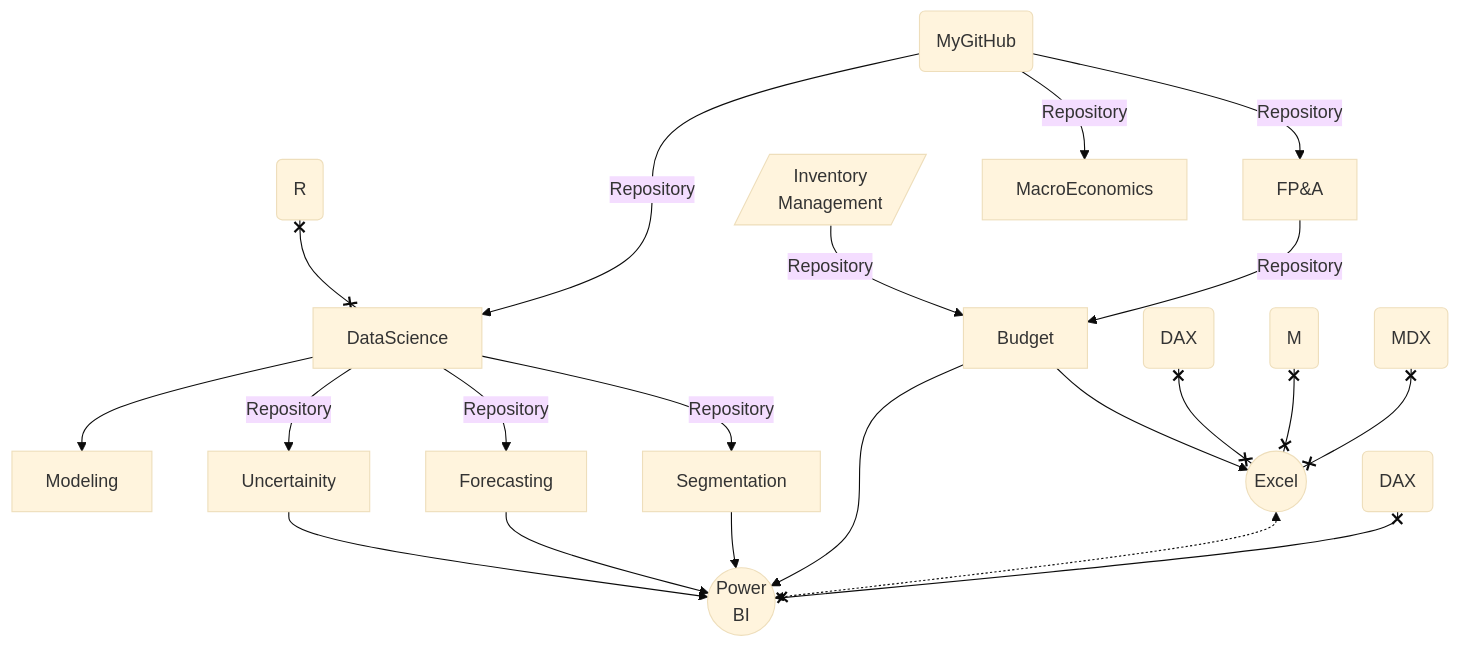
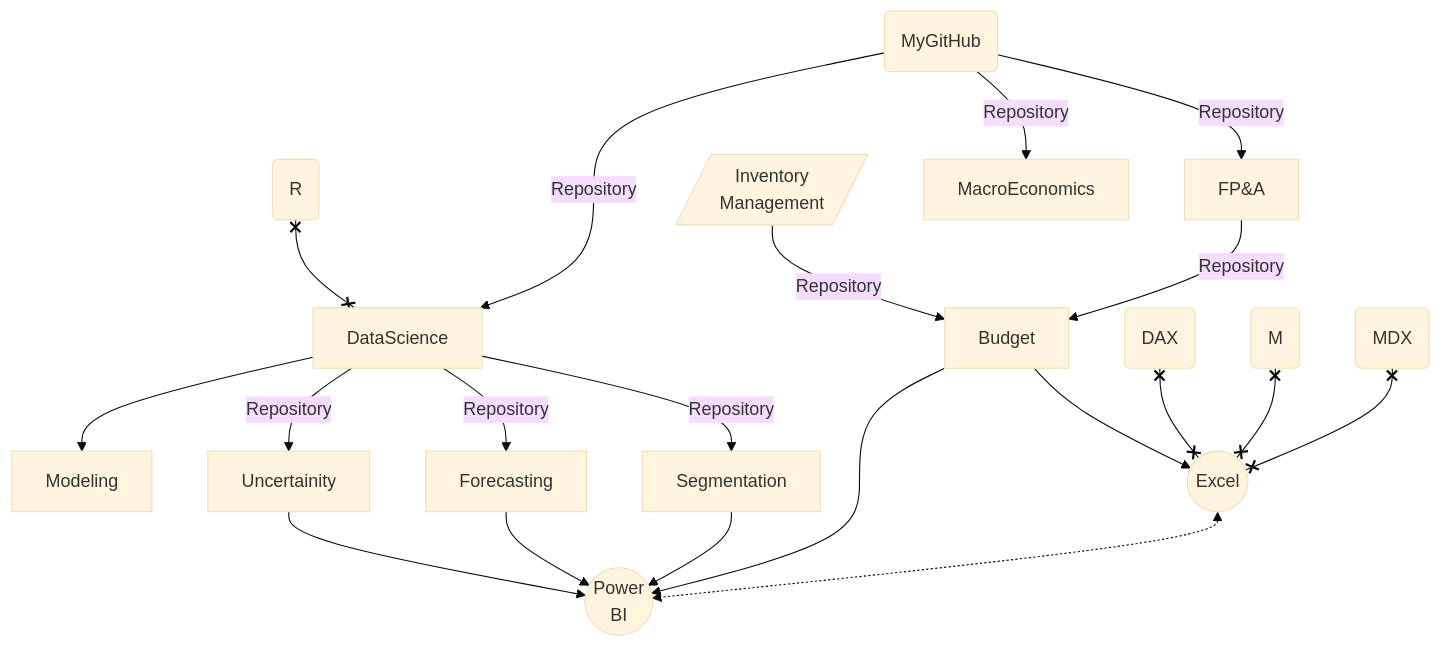
One commit to md3629/md3629 changed the diagram in README.md. Above: the diagram before and after it, drawn with Mermaid (base theme).

````diff
--- a/README.md
+++ b/README.md
@@ -9,24 +9,23 @@
 ```mermaid
 graph TD;
     my(MyGitHub)-->|Repository|FP&A;
     Inv[/Inventory<br>Management/]-->|Repository|Budget;
     FP&A-->|Repository|Budget;
     R( R )x--xDataScience;
     my(MyGitHub)-->|Repository|DataScience;
     my(MyGitHub)-->|Repository|MacroEconomics;
     DataScience-->Modeling;
     DataScience--Repository-->Forecasting;
     DataScience--Repository-->Segmentation;
     DataScience--Repository-->Uncertainity;
     Uncertainity-->P((Power<br>BI));
     Forecasting-->P((Power<br>BI));
     Segmentation-->P((Power<br>BI));
     Budget-->P((Power<br>BI));
     Budget-->E((Excel));
     D(DAX)x--xE((Excel));
     M(M)x--xE((Excel));
     E((Excel))<-.->P((Power<br>BI));
     A(MDX)x--xE((Excel));
-    DD(DAX)x--xP((Power<br>BI));
-
+    
 ```
````
